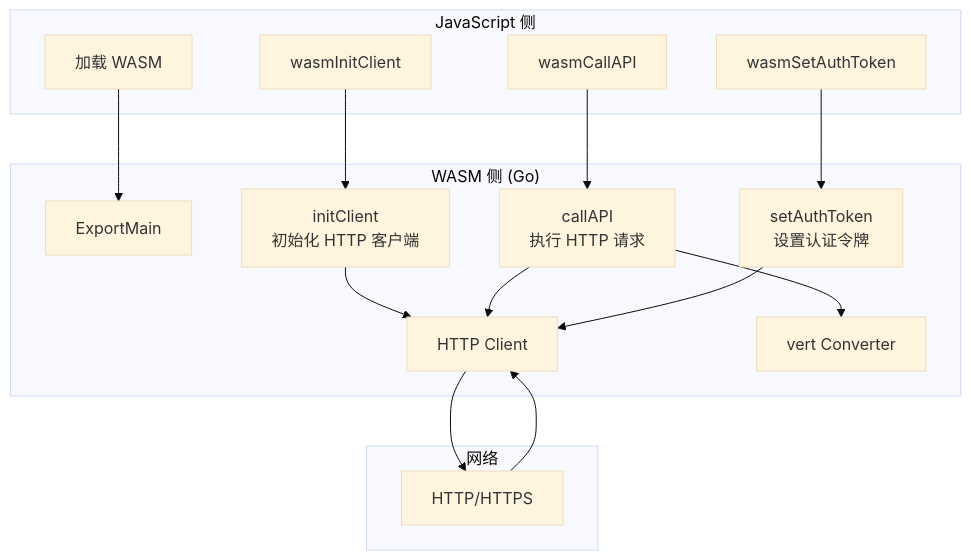
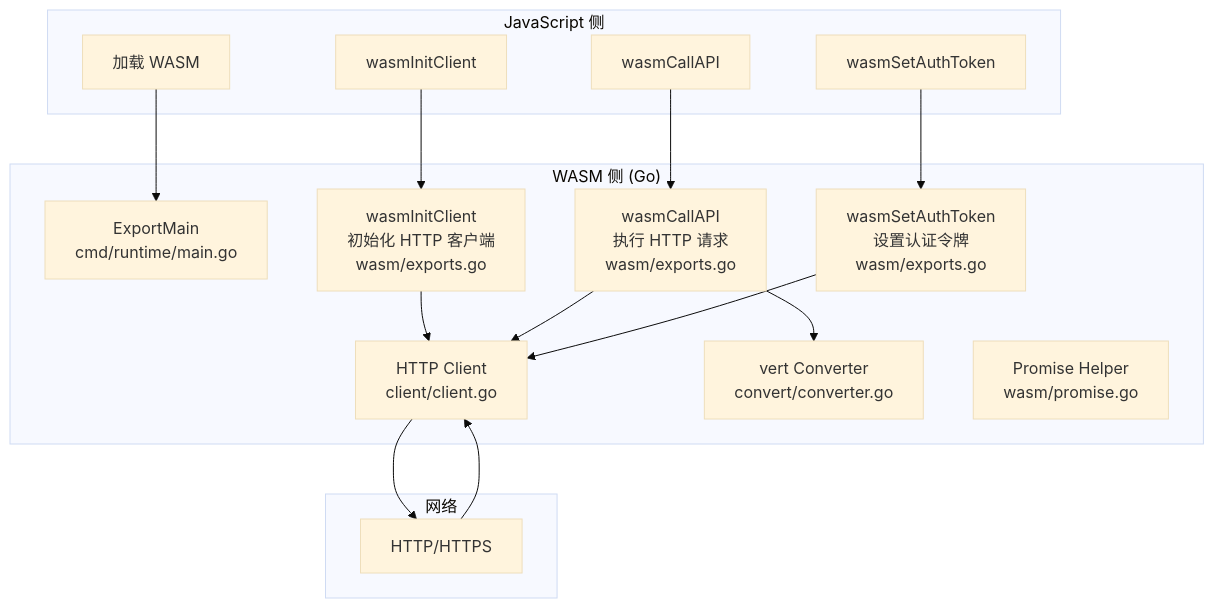
Before and after one commit to fred29910/go_wasm_lib2: the fourth of 6 diagrams in docs/architecture.md, drawn with Mermaid (base theme). The commit also changed other lines of this file and 33 other files, not shown here.

````diff
--- a/docs/architecture.md
+++ b/docs/architecture.md
@@ -231,35 +241,36 @@
 ```mermaid
 flowchart TB
     subgraph JS["JavaScript 侧"]
         J1[加载 WASM]
         J2[wasmInitClient]
         J3[wasmCallAPI]
         J4[wasmSetAuthToken]
     end
 
     subgraph WASM["WASM 侧 (Go)"]
-        W1[ExportMain]
-        W2[initClient<br/>初始化 HTTP 客户端]
-        W3[callAPI<br/>执行 HTTP 请求]
-        W4[setAuthToken<br/>设置认证令牌]
-        W5[HTTP Client]
-        W6[vert Converter]
+        W1[ExportMain<br/>cmd/runtime/main.go]
+        W2[wasmInitClient<br/>初始化 HTTP 客户端<br/>wasm/exports.go]
+        W3[wasmCallAPI<br/>执行 HTTP 请求<br/>wasm/exports.go]
+        W4[wasmSetAuthToken<br/>设置认证令牌<br/>wasm/exports.go]
+        W5[HTTP Client<br/>client/client.go]
+        W6[vert Converter<br/>convert/converter.go]
+        W7[Promise Helper<br/>wasm/promise.go]
     end
 
     J1 --> W1
     J2 --> W2
     J3 --> W3
     J4 --> W4
 
     W2 --> W5
     W3 --> W5
     W3 --> W6
     W4 --> W5
 
     subgraph Network["网络"]
         N1[HTTP/HTTPS]
     end
 
     W5 --> N1
     N1 --> W5
 ```
````
